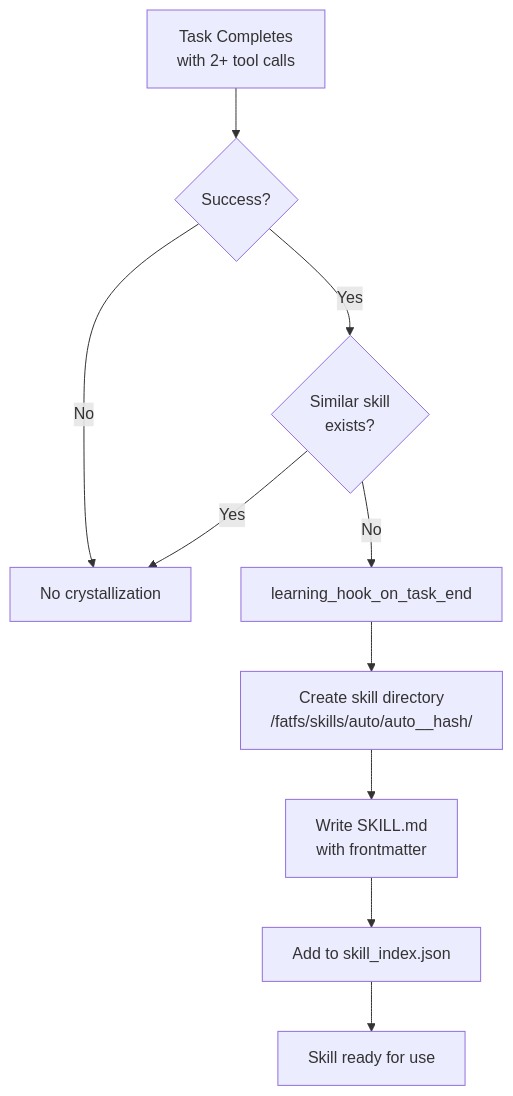
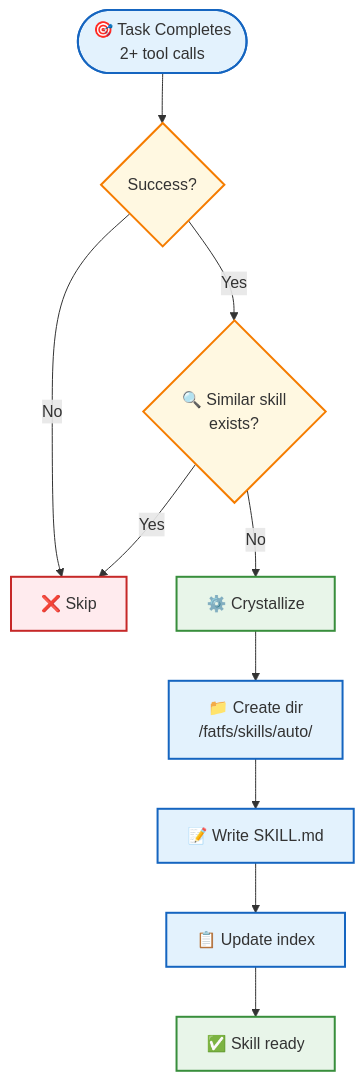
One commit to beancookie/xiaoclaw changed the third of 4 diagrams in README.md. Above: the diagram before and after it, drawn with Mermaid. The commit also changed other lines of this file and 23 other files, not shown here.

First line of the commit message:
refactor: remove fatfs_data, create default files at runtime

````diff
--- a/README.md
+++ b/README.md
@@ -475,12 +475,22 @@
 ```mermaid
 flowchart TD
-    A[Task Completes<br/>with 2+ tool calls] --> B{Success?}
-    B -->|No| C[No crystallization]
-    B -->|Yes| D{Similar skill<br/>exists?}
+    A(["🎯 Task Completes<br/>2+ tool calls"]) --> B{Success?}
+    B -->|No| C["❌ Skip"]
+    B -->|Yes| D{"🔍 Similar skill<br/>exists?"}
     D -->|Yes| C
-    D -->|No| E[learning_hook_on_task_end]
-    E --> F[Create skill directory<br/>/fatfs/skills/auto/auto__hash/]
-    F --> G[Write SKILL.md<br/>with frontmatter]
-    G --> H[Add to skill_index.json]
-    H --> I[Skill ready for use]
+    D -->|No| E["⚙️ Crystallize"]
+    E --> F["📁 Create dir<br/>/fatfs/skills/auto/"]
+    F --> G["📝 Write SKILL.md"]
+    G --> H["📋 Update index"]
+    H --> I["✅ Skill ready"]
+    
+    style A fill:#e3f2fd,stroke:#1565c0,stroke-width:2px
+    style B fill:#fff8e1,stroke:#f57c00,stroke-width:2px
+    style C fill:#ffebee,stroke:#c62828,stroke-width:2px
+    style D fill:#fff8e1,stroke:#f57c00,stroke-width:2px
+    style E fill:#e8f5e9,stroke:#388e3c,stroke-width:2px
+    style F fill:#e3f2fd,stroke:#1565c0,stroke-width:2px
+    style G fill:#e3f2fd,stroke:#1565c0,stroke-width:2px
+    style H fill:#e3f2fd,stroke:#1565c0,stroke-width:2px
+    style I fill:#e8f5e9,stroke:#388e3c,stroke-width:2px
 ```
````
